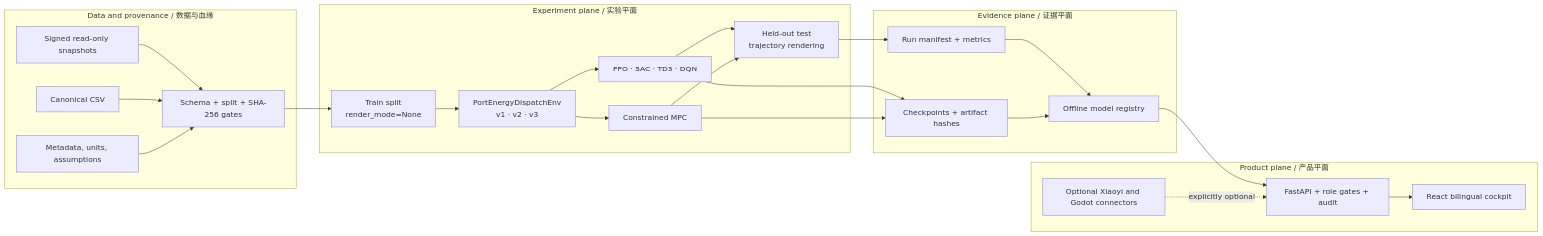
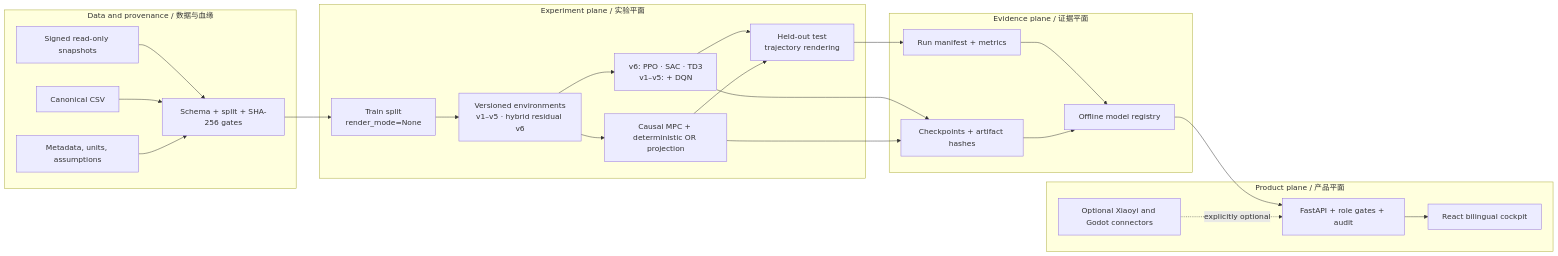
The diagram in README.md (wenjiayi123/port-energy-carbon-cockpit), drawn with Mermaid before and after one commit. The commit also changed other lines of this file and 83 other files, not shown here.

````diff
--- a/README.md
+++ b/README.md
@@ -130,40 +144,40 @@
 ```mermaid
 flowchart LR
   subgraph Data["Data and provenance / 数据与血缘"]
     LIVE["Signed read-only snapshots"]
     CSV["Canonical CSV"]
     META["Metadata, units, assumptions"]
     HASH["Schema + split + SHA-256 gates"]
     LIVE --> HASH
     CSV --> HASH
     META --> HASH
   end
 
   subgraph Experiment["Experiment plane / 实验平面"]
     TRAIN["Train split\nrender_mode=None"]
-    ENV["PortEnergyDispatchEnv\nv1 · v2 · v3"]
-    RL["PPO · SAC · TD3 · DQN"]
-    MPC["Constrained MPC"]
+    ENV["Versioned environments\nv1–v5 · hybrid residual v6"]
+    RL["v6: PPO · SAC · TD3\nv1–v5: + DQN"]
+    MPC["Causal MPC + deterministic OR projection"]
     TEST["Held-out test\ntrajectory rendering"]
     HASH --> TRAIN --> ENV
     ENV --> RL --> TEST
     ENV --> MPC --> TEST
   end
 
   subgraph Evidence["Evidence plane / 证据平面"]
     RUN["Run manifest + metrics"]
     ART["Checkpoints + artifact hashes"]
     REG["Offline model registry"]
     TEST --> RUN --> REG
     RL --> ART --> REG
     MPC --> ART
   end
 
   subgraph Product["Product plane / 产品平面"]
     API["FastAPI + role gates + audit"]
     UI["React bilingual cockpit"]
     OPT["Optional Xiaoyi and Godot connectors"]
     REG --> API --> UI
     OPT -. "explicitly optional" .-> API
   end
 ```
````
